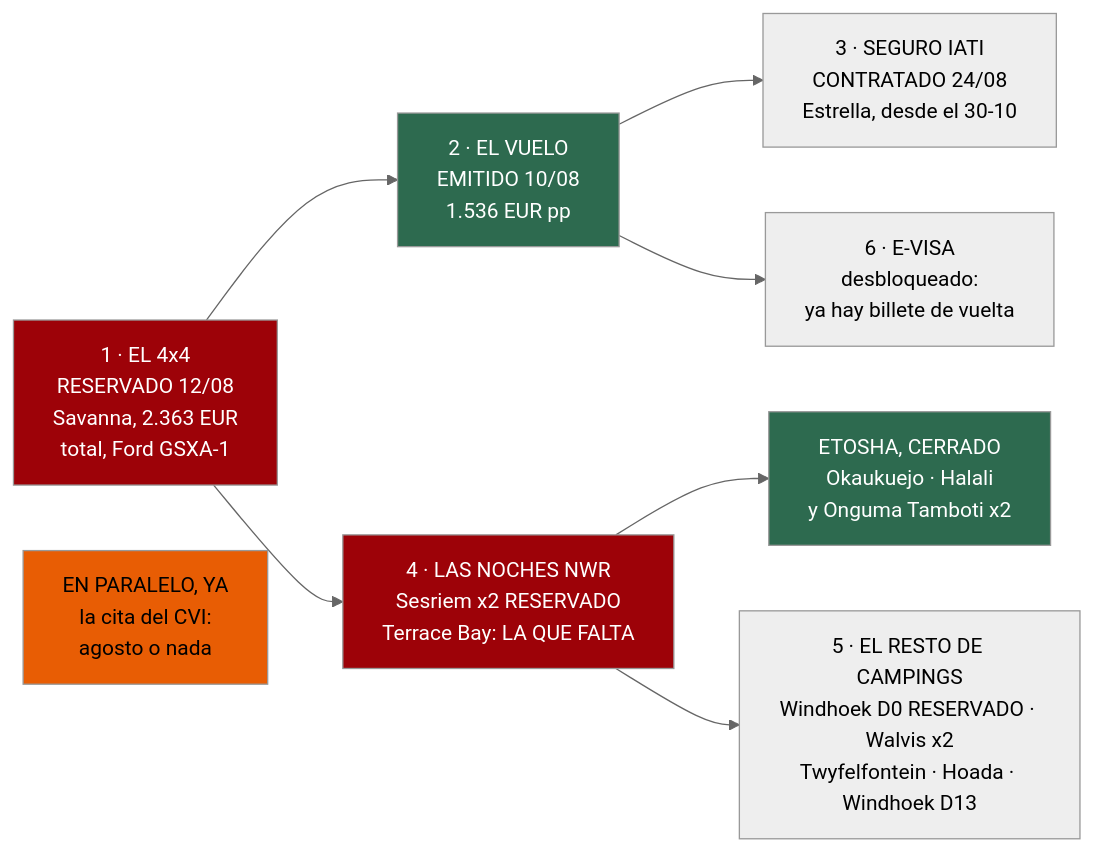
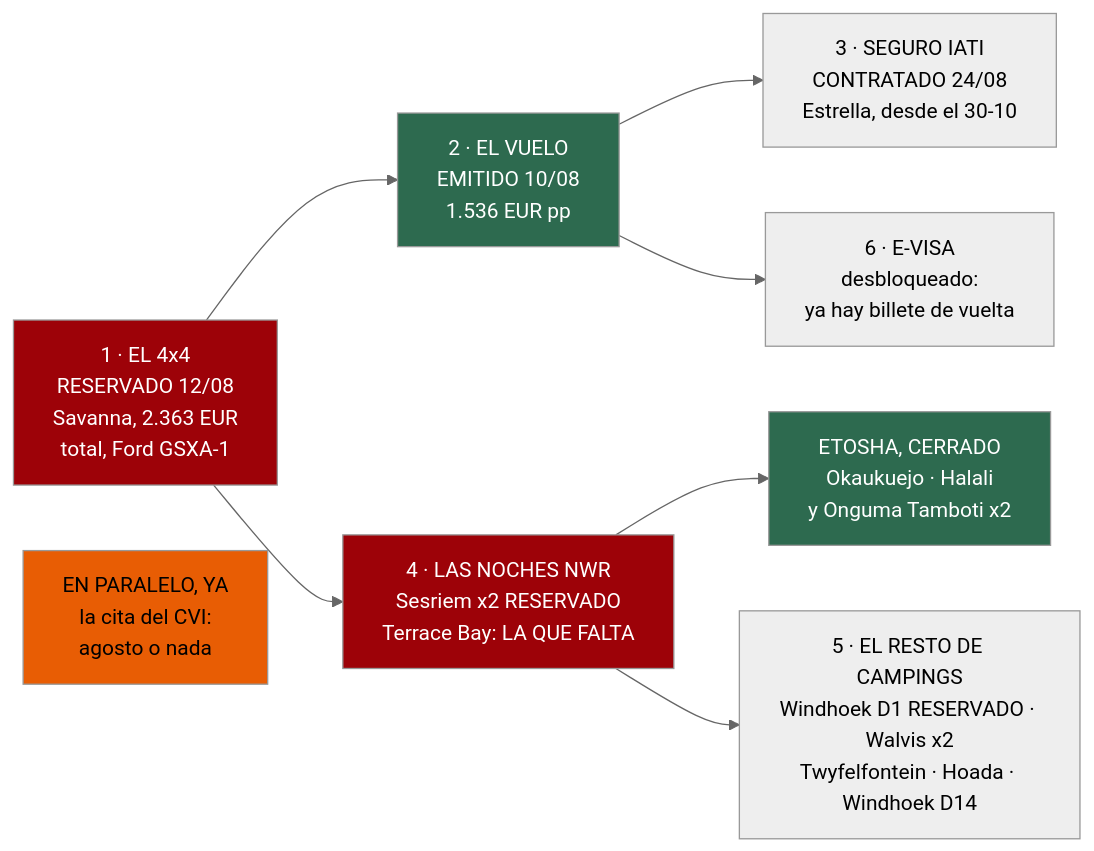
Before and after one commit to morandeirachema/namibia: the diagram in 20-reservas.md, drawn with Mermaid (neutral theme). The commit also changed other lines of this file and 54 other files, not shown here.

````diff
--- a/20-reservas.md
+++ b/20-reservas.md
@@ -37,16 +37,16 @@
 ```mermaid
 flowchart LR
 %% ancho
     C["1 · EL 4x4<br/>RESERVADO 12/08<br/>Savanna, 2.363 EUR<br/>total, Ford GSXA-1"] --> V["2 · EL VUELO<br/>EMITIDO 10/08<br/>1.536 EUR pp"]
     V --> S["3 · SEGURO IATI<br/>CONTRATADO 24/08<br/>Estrella, desde el 30-10"]
     V --> E["6 · E-VISA<br/>desbloqueado:<br/>ya hay billete de vuelta"]
     C --> N["4 · LAS NOCHES NWR<br/>Sesriem x2 RESERVADO<br/>Terrace Bay: LA QUE FALTA"]
     N --> Y["ETOSHA, CERRADO<br/>Okaukuejo · Halali<br/>y Onguma Tamboti x2"]
-    N --> R["5 · EL RESTO DE CAMPINGS<br/>Windhoek D0 RESERVADO · Walvis x2<br/>Twyfelfontein · Hoada · Windhoek D13"]
+    N --> R["5 · EL RESTO DE CAMPINGS<br/>Windhoek D1 RESERVADO · Walvis x2<br/>Twyfelfontein · Hoada · Windhoek D14"]
     P["EN PARALELO, YA<br/>la cita del CVI:<br/>agosto o nada"]
     style C fill:#9d0208,color:#fff
     style V fill:#2d6a4f,color:#fff
     style N fill:#9d0208,color:#fff
     style Y fill:#2d6a4f,color:#fff
     style P fill:#e85d04,color:#000
 ```
````
